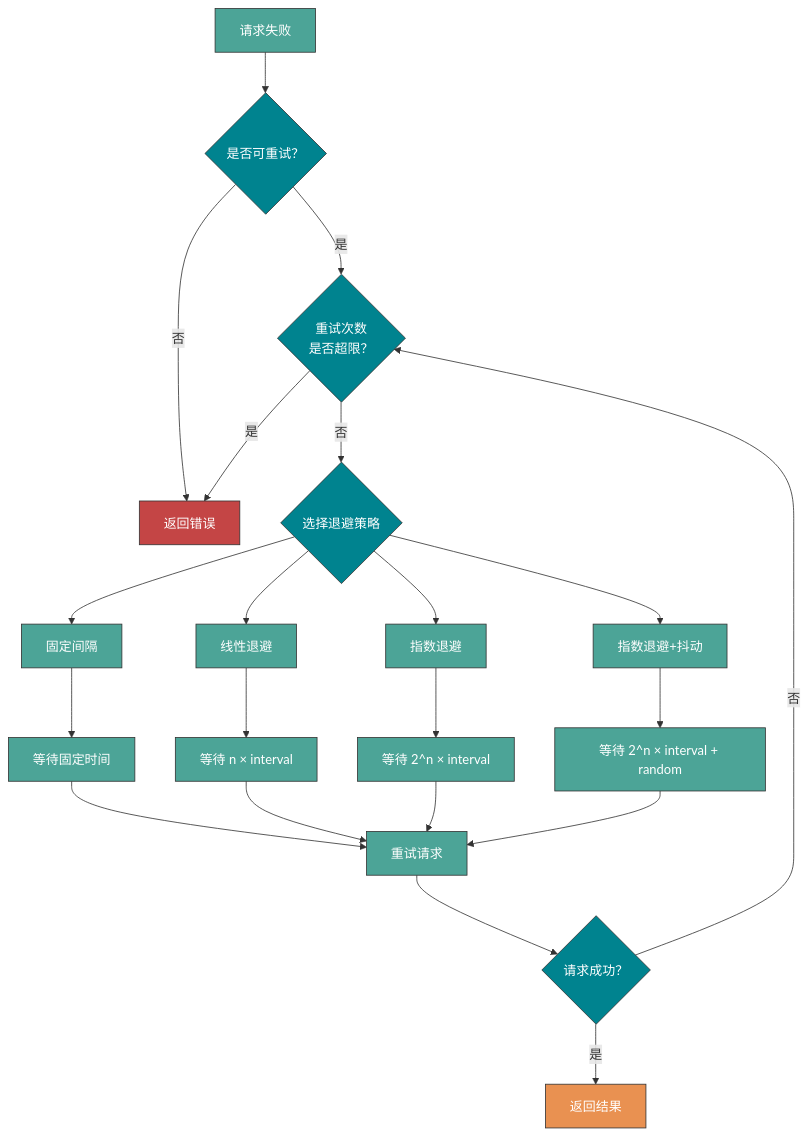
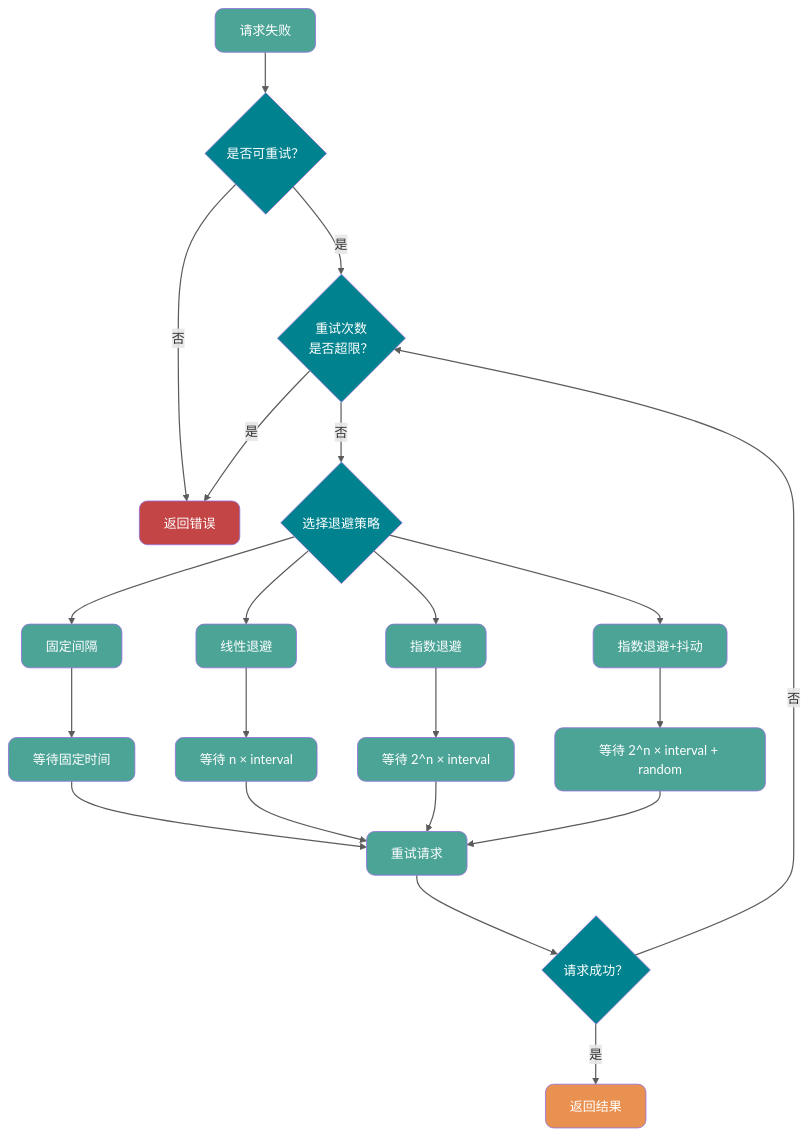
The diagram in docs/high-availability/timeout-and-retry.md (Snailclimb/JavaGuide), drawn with Mermaid before and after one commit. The commit also changed 7 other files, not shown here.

Commit message:
docs：mermaid 配图样式优化

````diff
--- a/docs/high-availability/timeout-and-retry.md
+++ b/docs/high-availability/timeout-and-retry.md
@@ -74,38 +74,40 @@
 ```mermaid
 flowchart TB
     A["请求失败"] --> B{"是否可重试？"}
     B -->|"否"| C["返回错误"]
     B -->|"是"| D{"重试次数<br/>是否超限？"}
     D -->|"是"| C
     D -->|"否"| E{"选择退避策略"}
 
     E --> F["固定间隔"]
     E --> G["线性退避"]
     E --> H["指数退避"]
     E --> I["指数退避+抖动"]
 
     F --> J["等待固定时间"]
     G --> K["等待 n × interval"]
     H --> L["等待 2^n × interval"]
     I --> M["等待 2^n × interval + random"]
 
     J --> N["重试请求"]
     K --> N
     L --> N
     M --> N
 
     N --> O{"请求成功？"}
     O -->|"是"| P["返回结果"]
     O -->|"否"| D
 
-    classDef core fill:#4CA497,stroke:#333,color:#fff
-    classDef decision fill:#00838F,stroke:#333,color:#fff
-    classDef alert fill:#C44545,stroke:#333,color:#fff
-    classDef highlight fill:#E99151,stroke:#333,color:#fff
+    classDef core fill:#4CA497,color:#fff,rx:10,ry:10
+    classDef decision fill:#00838F,color:#fff,rx:10,ry:10
+    classDef alert fill:#C44545,color:#fff,rx:10,ry:10
+    classDef highlight fill:#E99151,color:#fff,rx:10,ry:10
 
     class A,N core
     class B,D,E,O decision
     class C alert
     class P highlight
     class F,G,H,I,J,K,L,M core
+
+    linkStyle default stroke-width:1.5px,opacity:0.8
 ```
````
